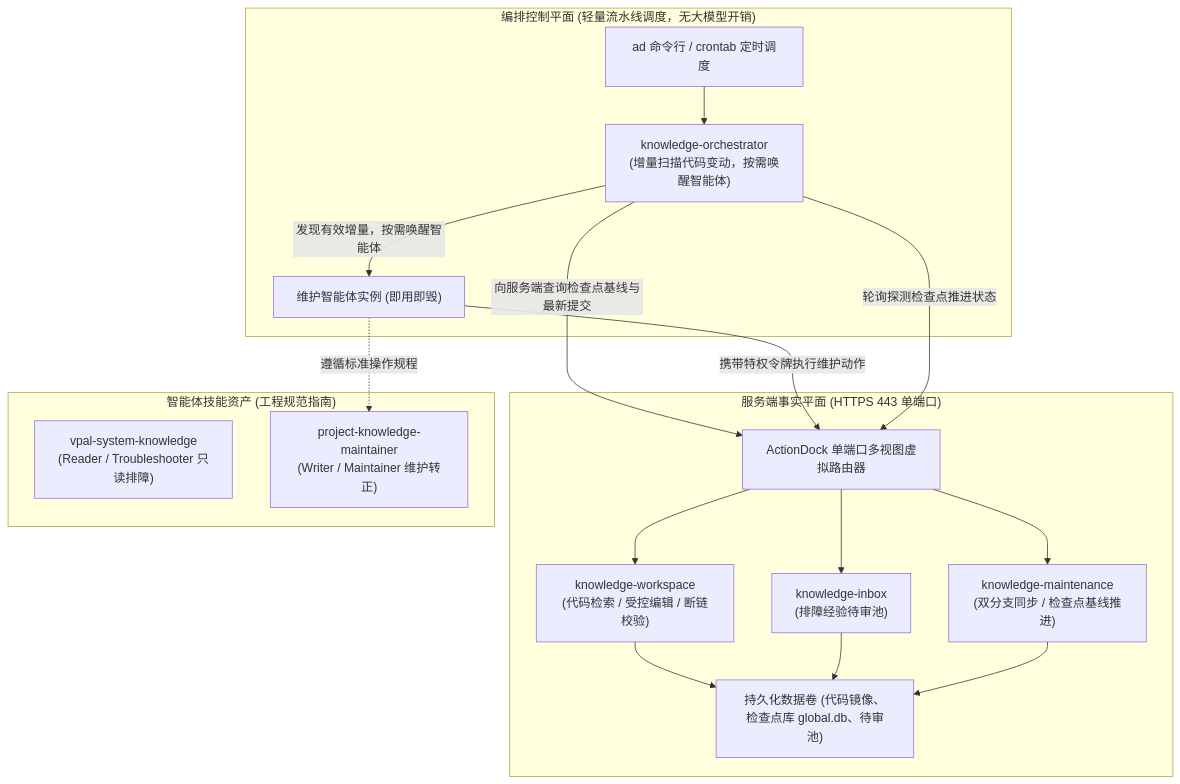
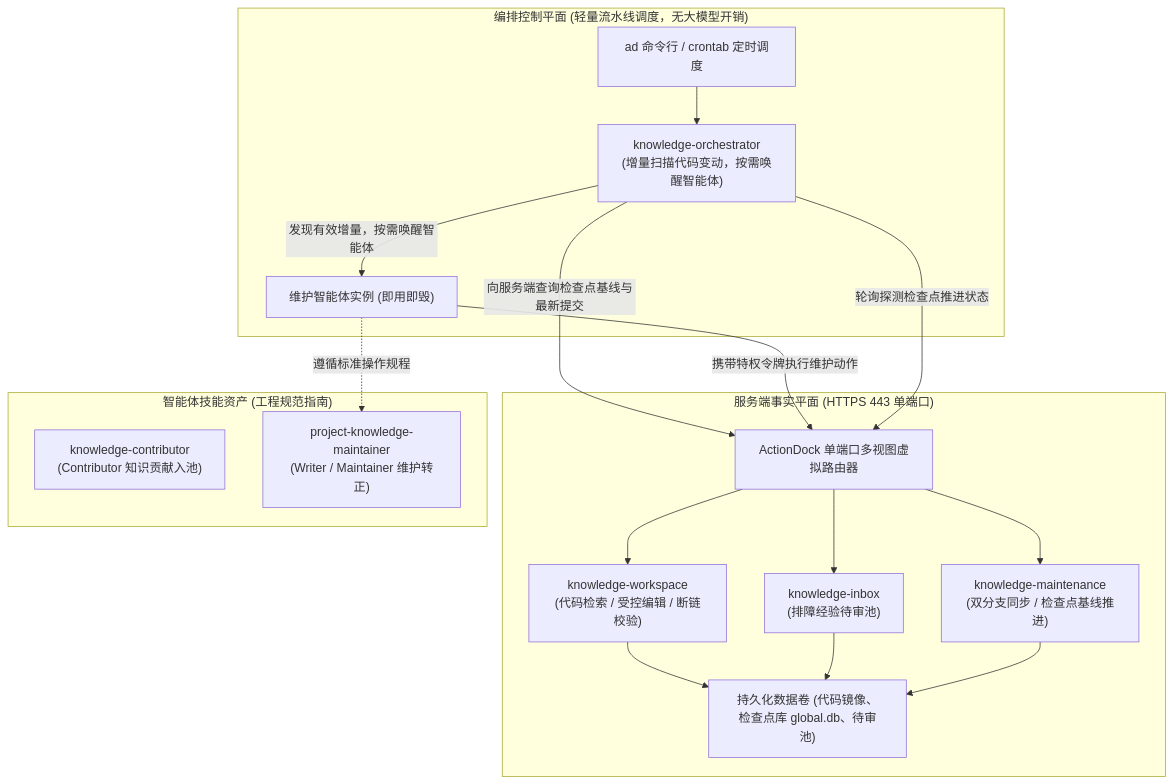
Before and after one commit to fjay/knowledge-dock: the diagram in README.md, drawn with Mermaid. The commit also changed other lines of this file and 4 other files, not shown here.

Commit message:
feat: add knowledge-contributor skill for developers and operations

````diff
--- a/README.md
+++ b/README.md
@@ -27,34 +27,34 @@
 ```mermaid
 flowchart TD
     subgraph ClientPlane ["编排控制平面 (轻量流水线调度，无大模型开销)"]
         CLI["ad 命令行 / crontab 定时调度"]
         Orchestrator["knowledge-orchestrator<br/>(增量扫描代码变动，按需唤醒智能体)"]
         LocalAgent["维护智能体实例 (即用即毁)"]
     end
 
     subgraph ServerPlane ["服务端事实平面 (HTTPS 443 单端口)"]
         Router["ActionDock 单端口多视图虚拟路由器"]
         Workspace["knowledge-workspace<br/>(代码检索 / 受控编辑 / 断链校验)"]
         Inbox["knowledge-inbox<br/>(排障经验待审池)"]
         Maintenance["knowledge-maintenance<br/>(双分支同步 / 检查点基线推进)"]
         Storage["持久化数据卷 (代码镜像、检查点库 global.db、待审池)"]
     end
 
     subgraph SkillsAsset ["智能体技能资产 (工程规范指南)"]
-        ReaderSkill["vpal-system-knowledge<br/>(Reader / Troubleshooter 只读排障)"]
+        ContributorSkill["knowledge-contributor<br/>(Contributor 知识贡献入池)"]
         MaintainerSkill["project-knowledge-maintainer<br/>(Writer / Maintainer 维护转正)"]
     end
 
     CLI --> Orchestrator
     Orchestrator -->|"向服务端查询检查点基线与最新提交"| Router
     Orchestrator -->|"发现有效增量，按需唤醒智能体"| LocalAgent
     LocalAgent -.->|"遵循标准操作规程"| MaintainerSkill
     LocalAgent -->|"携带特权令牌执行维护动作"| Router
     Router --> Workspace
     Router --> Inbox
     Router --> Maintenance
     Workspace --> Storage
     Inbox --> Storage
     Maintenance --> Storage
     Orchestrator -->|"轮询探测检查点推进状态"| Router
 ```
````
